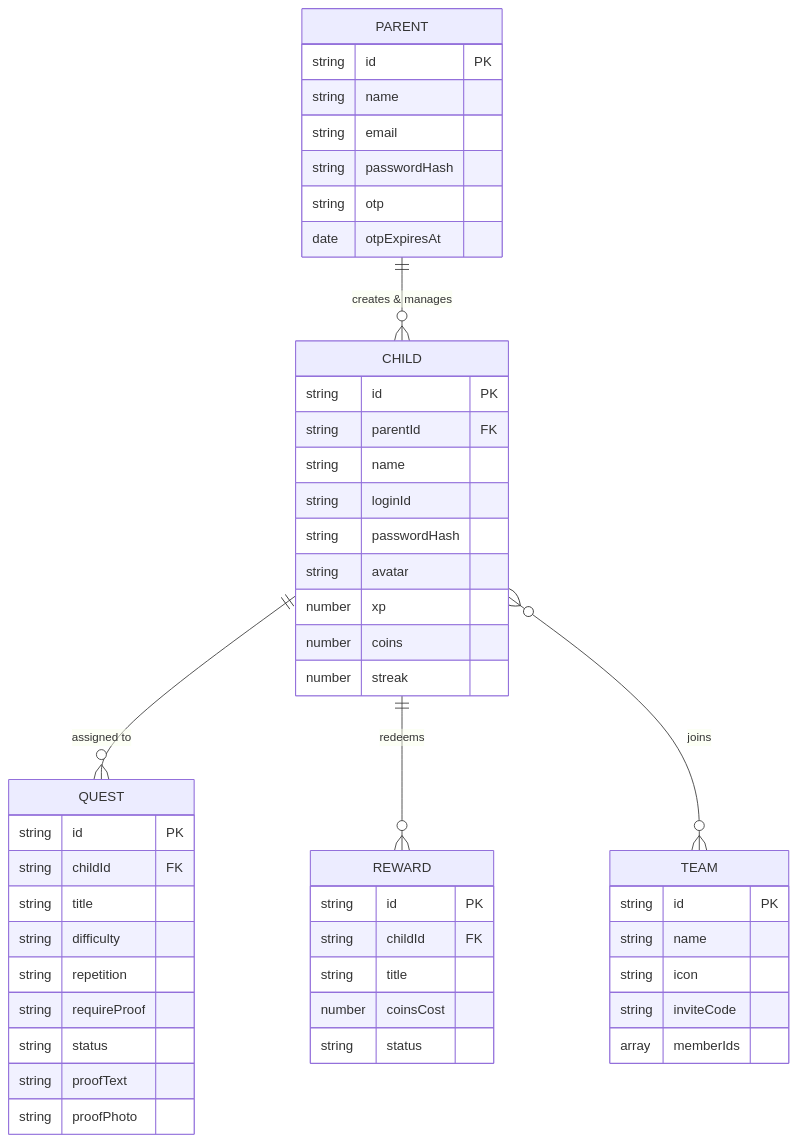
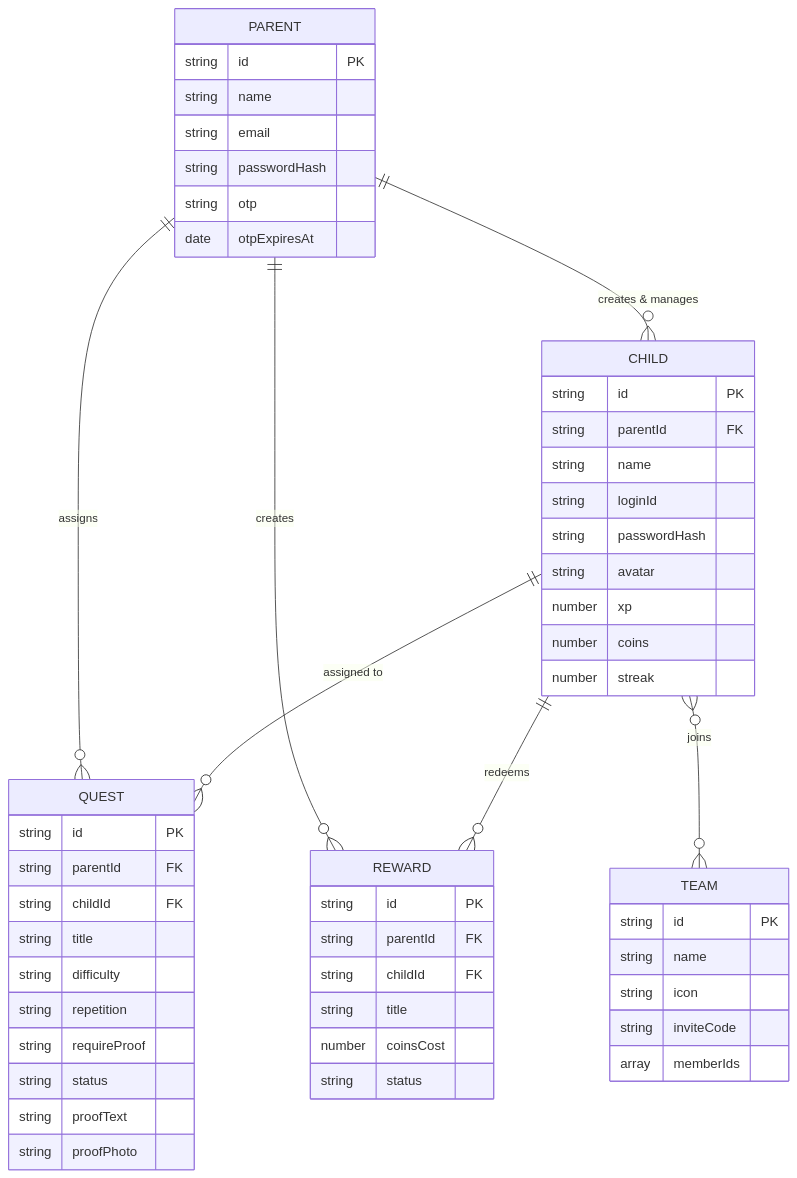
Before and after one commit to Kedarnaygaonkar/habit_tracker: the first of 2 diagrams in PROJECT_DOCUMENTATION.md, drawn with Mermaid. The commit also changed other lines of this file, not shown here.

Commit message:
docs: add parentId foreign key connections on Quests and Rewards in ER diagram and schema descriptions

````diff
--- a/PROJECT_DOCUMENTATION.md
+++ b/PROJECT_DOCUMENTATION.md
@@ -67,56 +67,60 @@
 ```mermaid
 erDiagram
     PARENT ||--o{ CHILD : "creates & manages"
+    PARENT ||--o{ QUEST : "assigns"
+    PARENT ||--o{ REWARD : "creates"
     CHILD ||--o{ QUEST : "assigned to"
     CHILD ||--o{ REWARD : "redeems"
     CHILD }o--o{ TEAM : "joins"
     
     PARENT {
         string id PK
         string name
         string email
         string passwordHash
         string otp
         date otpExpiresAt
     }
     
     CHILD {
         string id PK
         string parentId FK
         string name
         string loginId
         string passwordHash
         string avatar
         number xp
         number coins
         number streak
     }
     
     QUEST {
         string id PK
+        string parentId FK
         string childId FK
         string title
         string difficulty
         string repetition
         string requireProof
         string status
         string proofText
         string proofPhoto
     }
     
     REWARD {
         string id PK
+        string parentId FK
         string childId FK
         string title
         number coinsCost
         string status
     }
     
     TEAM {
         string id PK
         string name
         string icon
         string inviteCode
         array memberIds
     }
 ```
````
